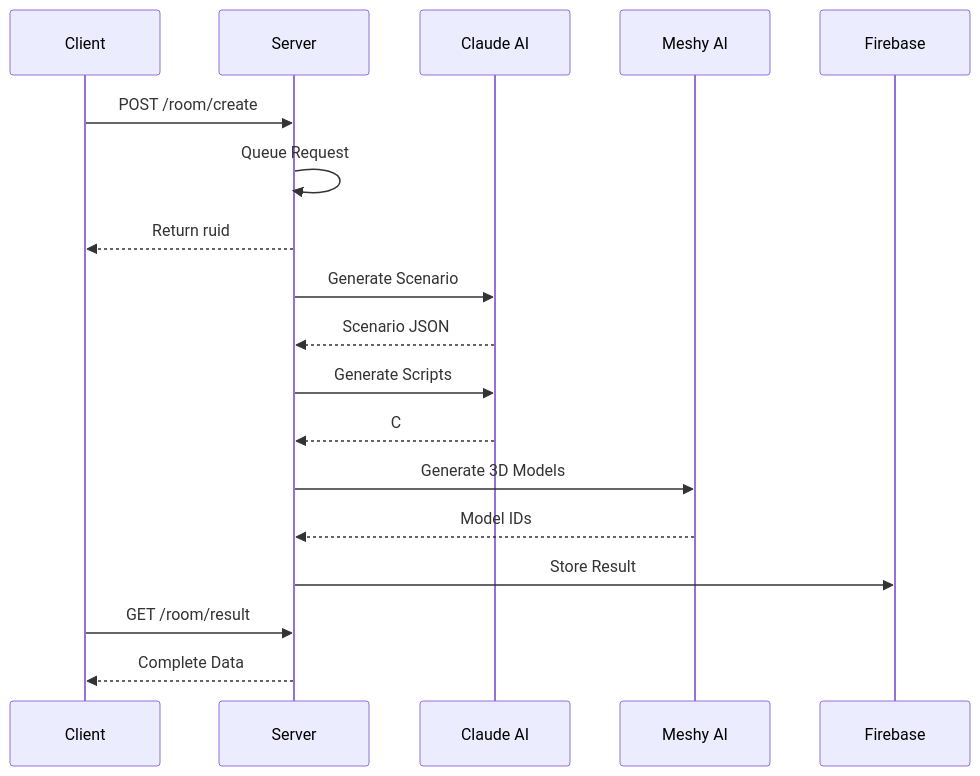
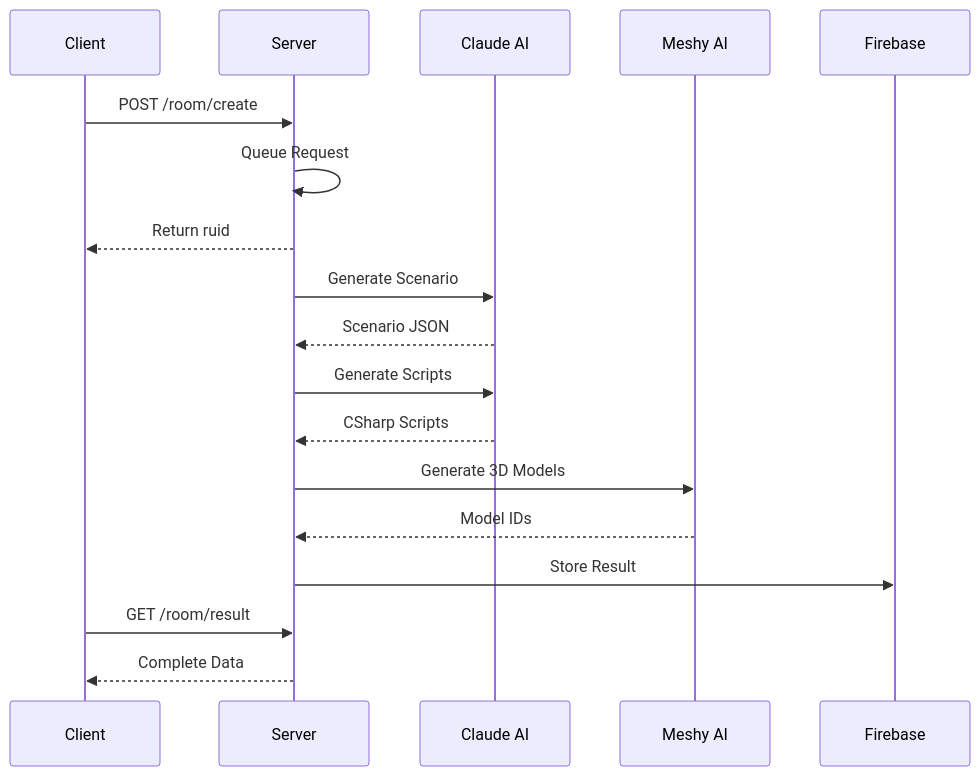
One commit to Febriez/eroom-docs changed the second of 2 diagrams in project-overview/tech-stack.md. Above: the diagram before and after it, drawn with Mermaid. The commit also changed other lines of this file and 3 other files, not shown here.

````diff
--- a/project-overview/tech-stack.md
+++ b/project-overview/tech-stack.md
@@ -178,26 +202,26 @@
 ```mermaid
 sequenceDiagram
     participant C as Client
     participant S as Server
     participant CL as Claude AI
     participant ME as Meshy AI
     participant FB as Firebase
     
     C->>S: POST /room/create
     S->>S: Queue Request
     S-->>C: Return ruid
     
     S->>CL: Generate Scenario
     CL-->>S: Scenario JSON
     
     S->>CL: Generate Scripts
-    CL-->>S: C# Scripts
+    CL-->>S: CSharp Scripts
     
     S->>ME: Generate 3D Models
     ME-->>S: Model IDs
     
     S->>FB: Store Result
     
     C->>S: GET /room/result
     S-->>C: Complete Data
 ```
````
